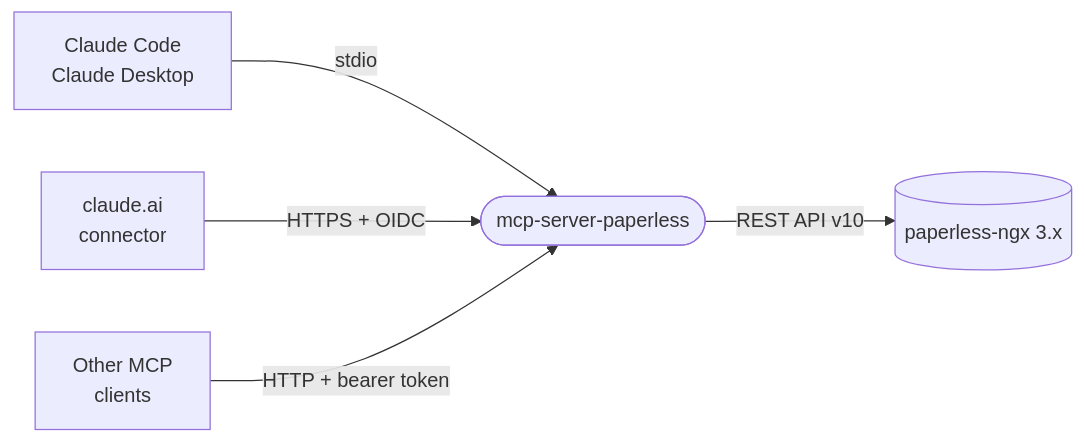
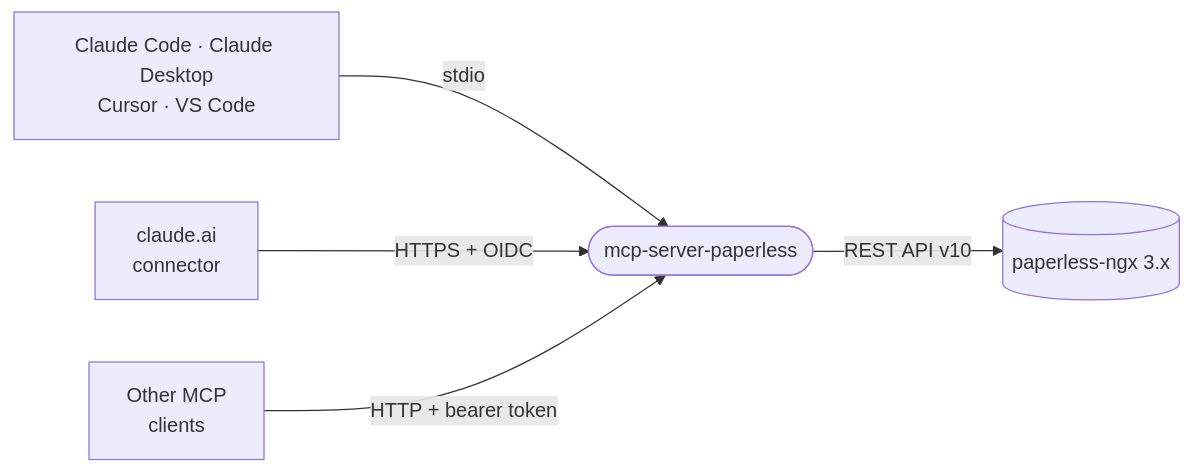
One commit to gardenbaum/mcp-server-paperless changed the diagram in README.md. Above: the diagram before and after it, drawn with Mermaid. The commit also changed other lines of this file and 3 other files, not shown here.

````diff
--- a/README.md
+++ b/README.md
@@ -26,7 +40,7 @@
 ```mermaid
 flowchart LR
-    A["Claude Code<br>Claude Desktop"] -- stdio --> S
+    A["Claude Code · Claude Desktop<br>Cursor · VS Code"] -- stdio --> S
     B["claude.ai<br>connector"] -- "HTTPS + OIDC" --> S
     C["Other MCP<br>clients"] -- "HTTP + bearer token" --> S
     S(["mcp-server-paperless"]) -- "REST API v10" --> P[("paperless-ngx 3.x")]
 ```
````
